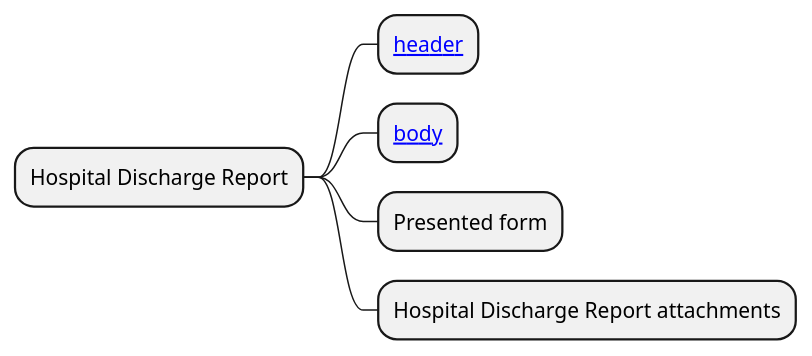
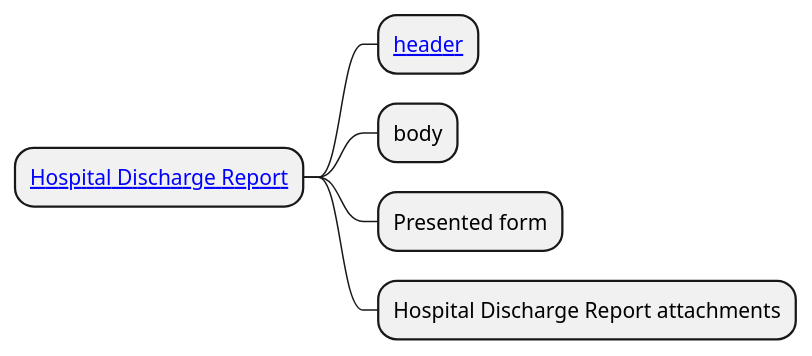
The diagram in input/images-source/hdr-mindmap.plantuml (HL7-cz/hdr), drawn with PlantUML before and after one commit. The commit also changed 20 other files, not shown here.

```diff
--- a/input/images-source/hdr-mindmap.plantuml
+++ b/input/images-source/hdr-mindmap.plantuml
@@ -1,7 +1,7 @@
 @startmindmap
-* Hospital Discharge Report
-** [[#header header]]
-** [[#body body]]
+* [[StructureDefinition-HospitalDischargeReportCz.html Hospital Discharge Report]]
+** [[StructureDefinition-Header.html header]]
+** body
 ** Presented form
 ** Hospital Discharge Report attachments
 @endmindmap
```
